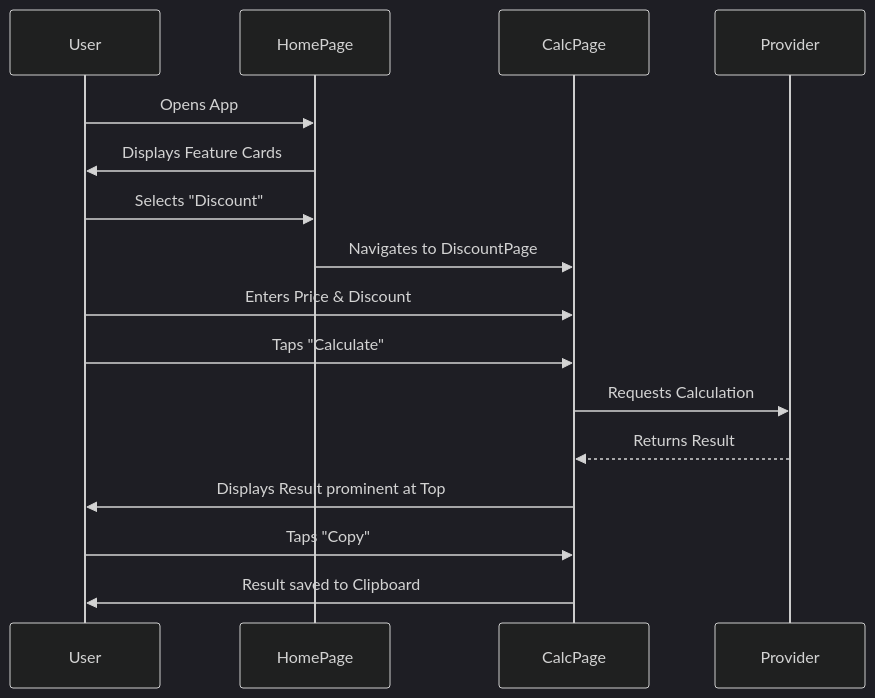
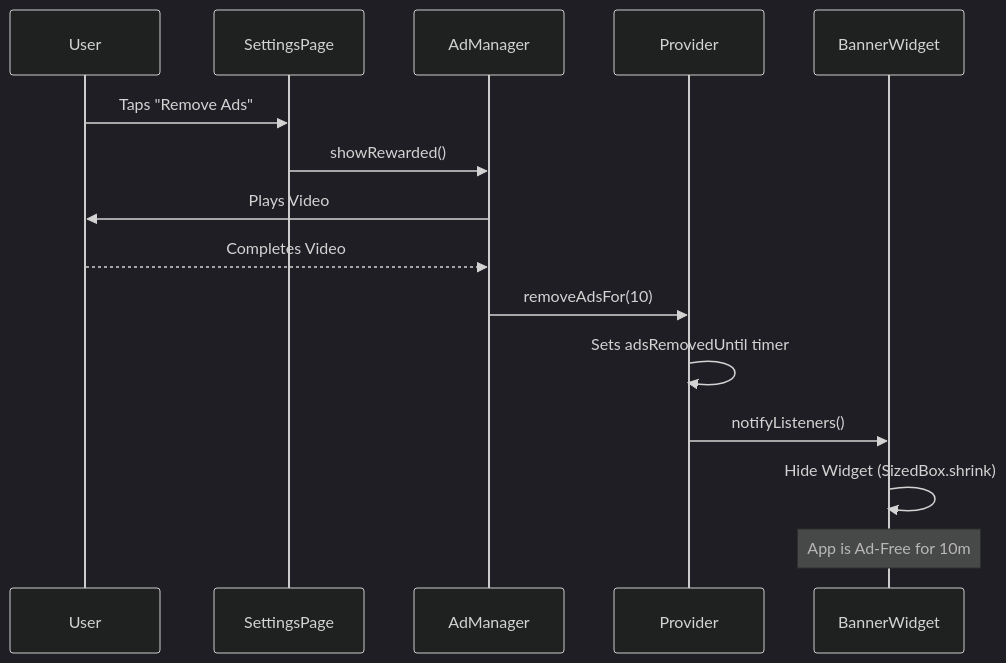
Before and after one commit to igmoiiz/Percent-Pro: the second of 2 diagrams in README.md, drawn with Mermaid (dark theme). The commit also changed other lines of this file and 7 other files, not shown here.

Commit message:
Interstitial ADS and Rewarded ADS implemented - Moiz Baloch

````diff
--- a/README.md
+++ b/README.md
@@ -51,19 +66,18 @@
 ```mermaid
 sequenceDiagram
     participant U as User
-    participant H as HomePage
-    participant C as CalcPage
+    participant S as SettingsPage
+    participant AM as AdManager
     participant P as Provider
+    participant BW as BannerWidget
 
-    U->>H: Opens App
-    H->>U: Displays Feature Cards
-    U->>H: Selects "Discount"
-    H->>C: Navigates to DiscountPage
-    U->>C: Enters Price & Discount
-    U->>C: Taps "Calculate"
-    C->>P: Requests Calculation
-    P-->>C: Returns Result
-    C->>U: Displays Result prominent at Top
-    U->>C: Taps "Copy"
-    C->>U: Result saved to Clipboard
+    U->>S: Taps "Remove Ads"
+    S->>AM: showRewarded()
+    AM->>U: Plays Video
+    U-->>AM: Completes Video
+    AM->>P: removeAdsFor(10)
+    P->>P: Sets adsRemovedUntil timer
+    P->>BW: notifyListeners()
+    BW->>BW: Hide Widget (SizedBox.shrink)
+    Note over BW: App is Ad-Free for 10m
 ```
````
